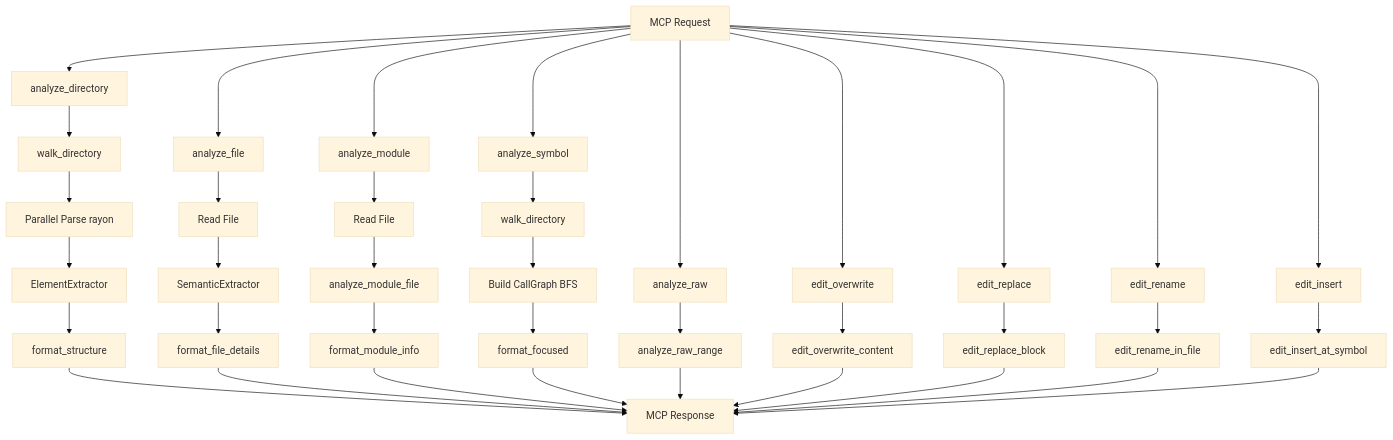
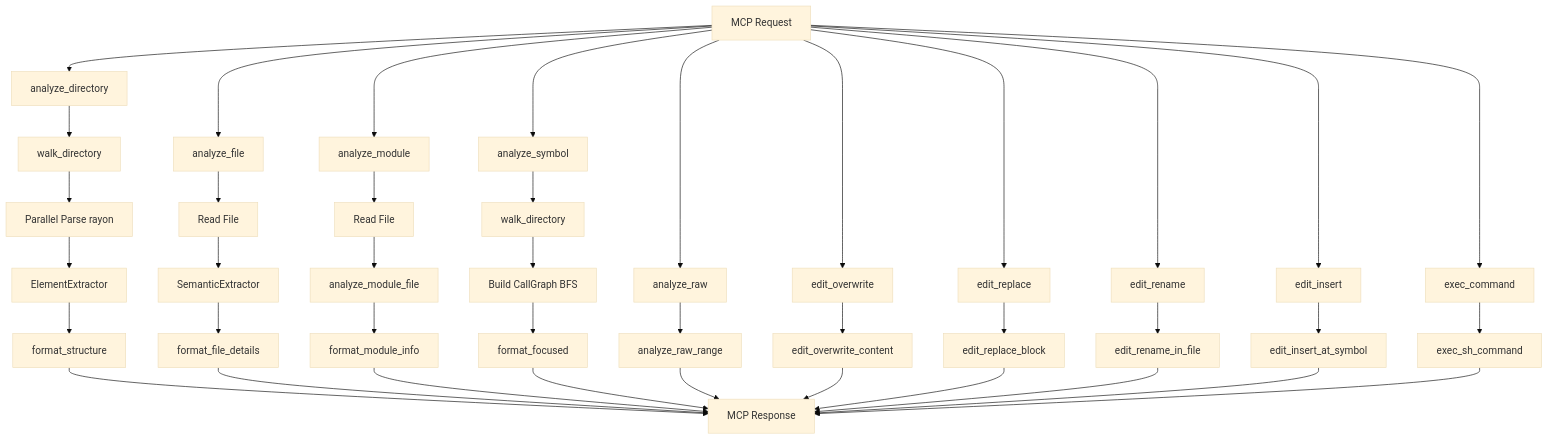
Before and after one commit to clouatre-labs/code-analyze-mcp: the diagram in docs/ARCHITECTURE.md, drawn with Mermaid (base theme). The commit also changed other lines of this file and 6 other files, not shown here.

First line of the commit message:
docs: add exec_command to all documentation, fix import_lookup comment (#715)

````diff
--- a/docs/ARCHITECTURE.md
+++ b/docs/ARCHITECTURE.md
@@ -45,39 +45,42 @@
 ```mermaid
 graph TD
     A["MCP Request"] --> B1["analyze_directory"]
     A --> B2["analyze_file"]
     A --> B4["analyze_module"]
     A --> B3["analyze_symbol"]
     A --> B5["analyze_raw"]
     A --> B6["edit_overwrite"]
     A --> B7["edit_replace"]
     A --> B8["edit_rename"]
     A --> B9["edit_insert"]
+    A --> B10["exec_command"]
     B1 --> M["walk_directory"]
     M --> N["Parallel Parse rayon"]
     N --> O["ElementExtractor"]
     O --> P["format_structure"]
     B2 --> J["Read File"]
     J --> K["SemanticExtractor"]
     K --> L["format_file_details"]
     B4 --> R["Read File"]
     R --> S["analyze_module_file"]
     S --> T["format_module_info"]
     B3 --> G["walk_directory"]
     G --> H["Build CallGraph BFS"]
     H --> I["format_focused"]
     B5 --> F1["analyze_raw_range"]
     B6 --> F2["edit_overwrite_content"]
     B7 --> F3["edit_replace_block"]
     B8 --> F4["edit_rename_in_file"]
     B9 --> F5["edit_insert_at_symbol"]
+    B10 --> F6["exec_sh_command"]
     P --> Q["MCP Response"]
     L --> Q
     T --> Q
     I --> Q
     F1 --> Q
     F2 --> Q
     F3 --> Q
     F4 --> Q
     F5 --> Q
+    F6 --> Q
 ```
````
